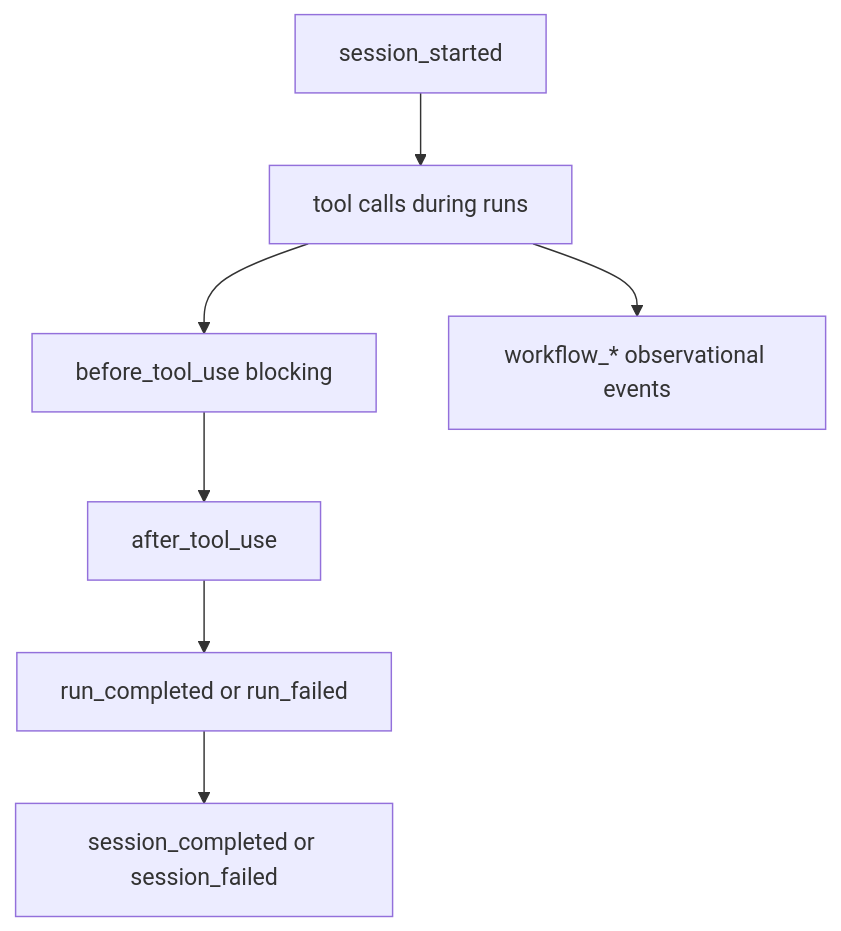
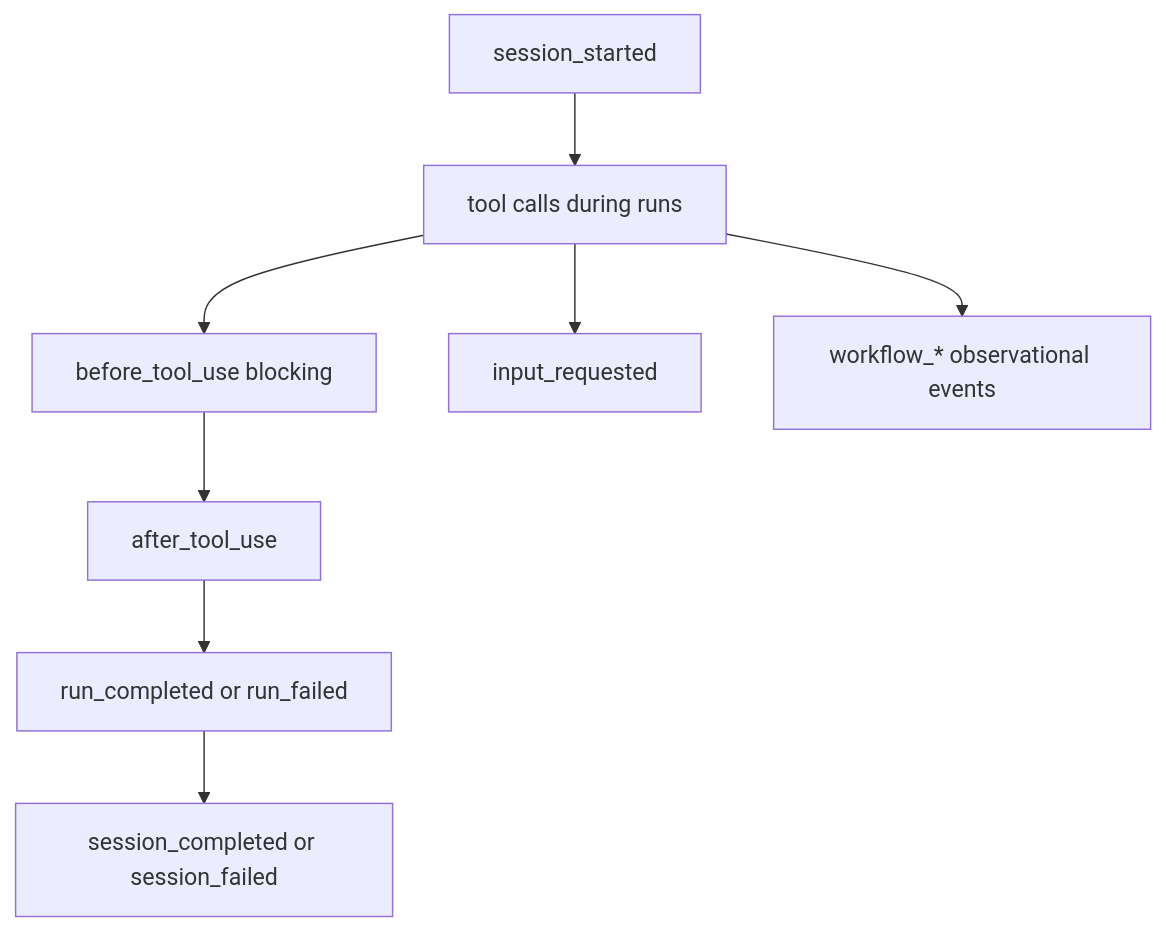
One commit to matthewyjiang/rho changed the second of 2 diagrams in docs/hooks.md. Above: the diagram before and after it, drawn with Mermaid. The commit also changed other lines of this file and 14 other files, not shown here.

````diff
--- a/docs/hooks.md
+++ b/docs/hooks.md
@@ -87,9 +87,10 @@
 ```mermaid
 flowchart TD
     session[session_started] --> tools[tool calls during runs]
     tools --> before[before_tool_use blocking]
     before --> after[after_tool_use]
     after --> runEnd[run_completed or run_failed]
+    tools --> asked[input_requested]
     runEnd --> sessionEnd[session_completed or session_failed]
     tools --> workflow[workflow_* observational events]
 ```
````
